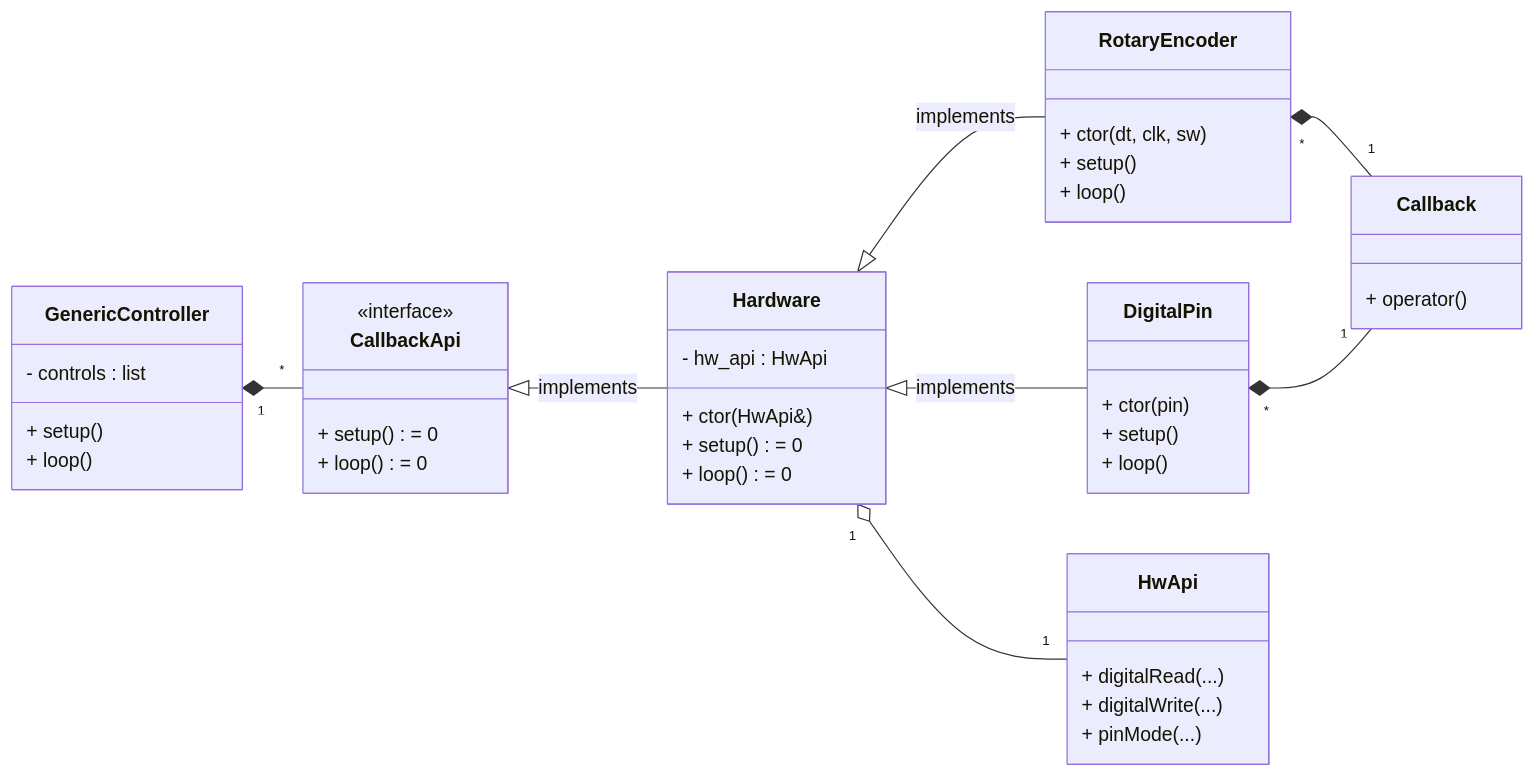
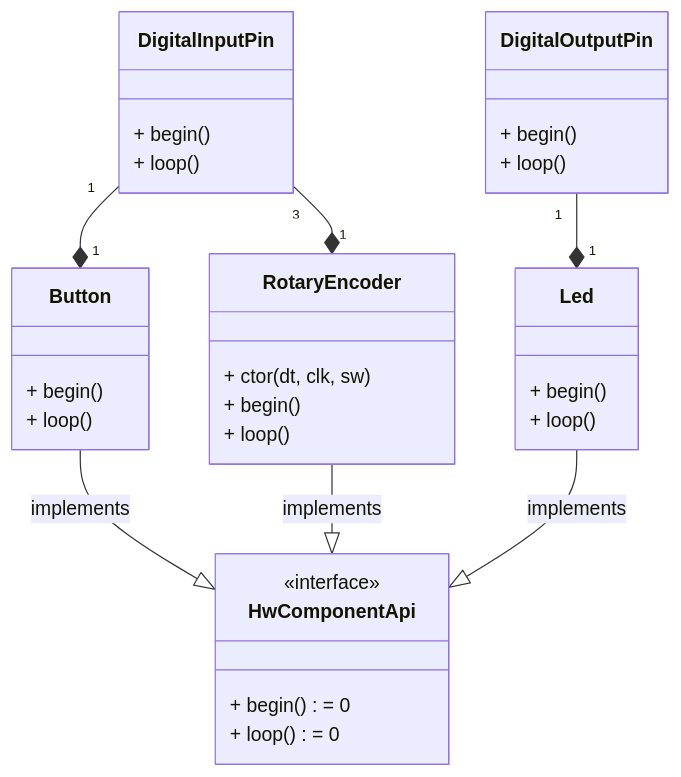
One commit to aserebryakov/arduino-cpp-components-library changed the third of 4 diagrams in support_library/README.md. Above: the diagram before and after it, drawn with Mermaid. The commit also changed other lines of this file, not shown here.

````diff
--- a/support_library/README.md
+++ b/support_library/README.md
@@ -11,53 +85,42 @@
 ```mermaid
 classDiagram
-    direction RL
-    
-    class GenericController {
-        + setup()
-        + loop()
-        - controls : list
-    }
-    
-    class CallbackApi {
+    class HwComponentApi {
         <<interface>>
-        + setup() = 0
+        + begin() = 0
         + loop() = 0
     }
     
-    class Hardware {
-        + ctor(HwApi&)
-        + setup() = 0
-        + loop() = 0
-        - hw_api : HwApi
+    class DigitalInputPin {
+        + begin()
+        + loop()
     }
-    
+
+    class Button {
+        + begin()
+        + loop()
+    }
+
     class RotaryEncoder {
         + ctor(dt, clk, sw)
-        + setup()
+        + begin()
         + loop()
     }
-    
-    class DigitalPin {
-        + ctor(pin)
-        + setup()
+
+    DigitalInputPin "1" --* "1" Button
+    DigitalInputPin "3" --* "1" RotaryEncoder
+
+    class DigitalOutputPin {
+        + begin()
         + loop()
     }
-    
-    class HwApi {
-        + digitalRead(...)
-        + digitalWrite(...)
-        + pinMode(...)
+
+    class Led {
+        + begin()
+        + loop()
     }
-    
-    class Callback {
-        + operator()
-    }
-    
-    Hardware --|> CallbackApi : implements
-    RotaryEncoder --|> Hardware : implements
-    DigitalPin --|> Hardware : implements
-    CallbackApi "*" --* "1" GenericController
-    HwApi "1" --o "1" Hardware
-    Callback "1" --* "*" DigitalPin
-    Callback "1" --* "*" RotaryEncoder
+
+    DigitalOutputPin "1" --* "1" Led
+    RotaryEncoder --|> HwComponentApi : implements
+    Led --|> HwComponentApi : implements
+    Button --|> HwComponentApi : implements
 ```
````
